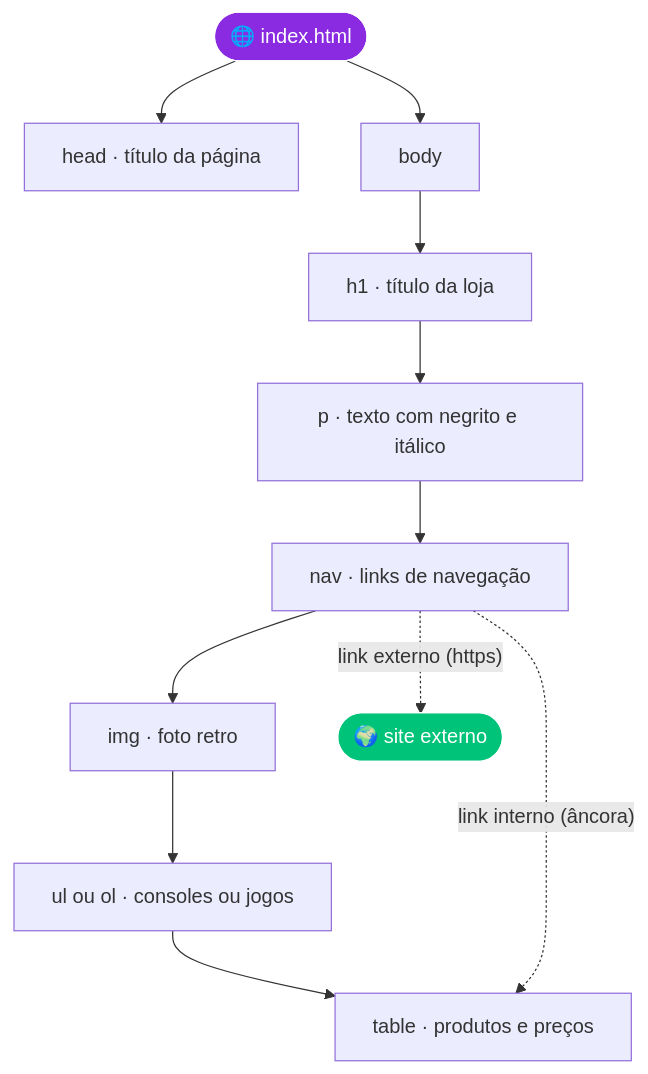
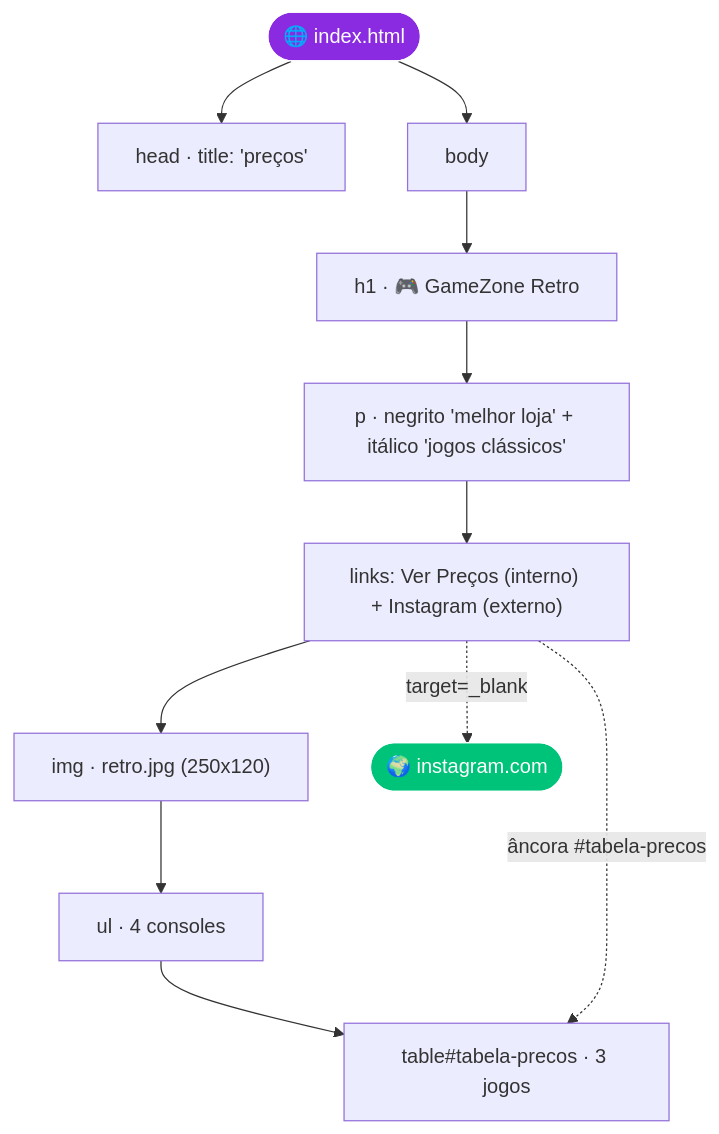
One commit to vinyciussilva-cloud/Atividade-Aula-5-HTML-Parte-1 changed the diagram in README.md. Above: the diagram before and after it, drawn with Mermaid. The commit also changed other lines of this file, not shown here.

````diff
--- a/README.md
+++ b/README.md
@@ -162,18 +129,18 @@
 ```mermaid
 flowchart TD
-    DOC(["🌐 index.html"]) --> HEAD["head · título da página"]
+    DOC(["🌐 index.html"]) --> HEAD["head · title: 'preços'"]
     DOC --> BODY["body"]
-    BODY --> H1["h1 · título da loja"]
-    H1 --> P["p · texto com negrito e itálico"]
-    P --> NAV["nav · links de navegação"]
-    NAV --> IMG["img · foto retro"]
-    IMG --> LST["ul ou ol · consoles ou jogos"]
-    LST --> TAB["table · produtos e preços"]
-    NAV -. "link interno (âncora)" .-> TAB
-    NAV -. "link externo (https)" .-> WEB(["🌍 site externo"])
+    BODY --> H1["h1 · 🎮 GameZone Retro"]
+    H1 --> P["p · negrito 'melhor loja' + itálico 'jogos clássicos'"]
+    P --> NAV["links: Ver Preços (interno) + Instagram (externo)"]
+    NAV --> IMG["img · retro.jpg (250x120)"]
+    IMG --> LST["ul · 4 consoles"]
+    LST --> TAB["table#tabela-precos · 3 jogos"]
+    NAV -. "âncora #tabela-precos" .-> TAB
+    NAV -. "target=_blank" .-> WEB(["🌍 instagram.com"])
 
     classDef doc fill:#8A2BE2,stroke:#fff,color:#fff;
     classDef ext fill:#00c37a,stroke:#fff,color:#fff;
     class DOC doc;
     class WEB ext;
 ```
````
